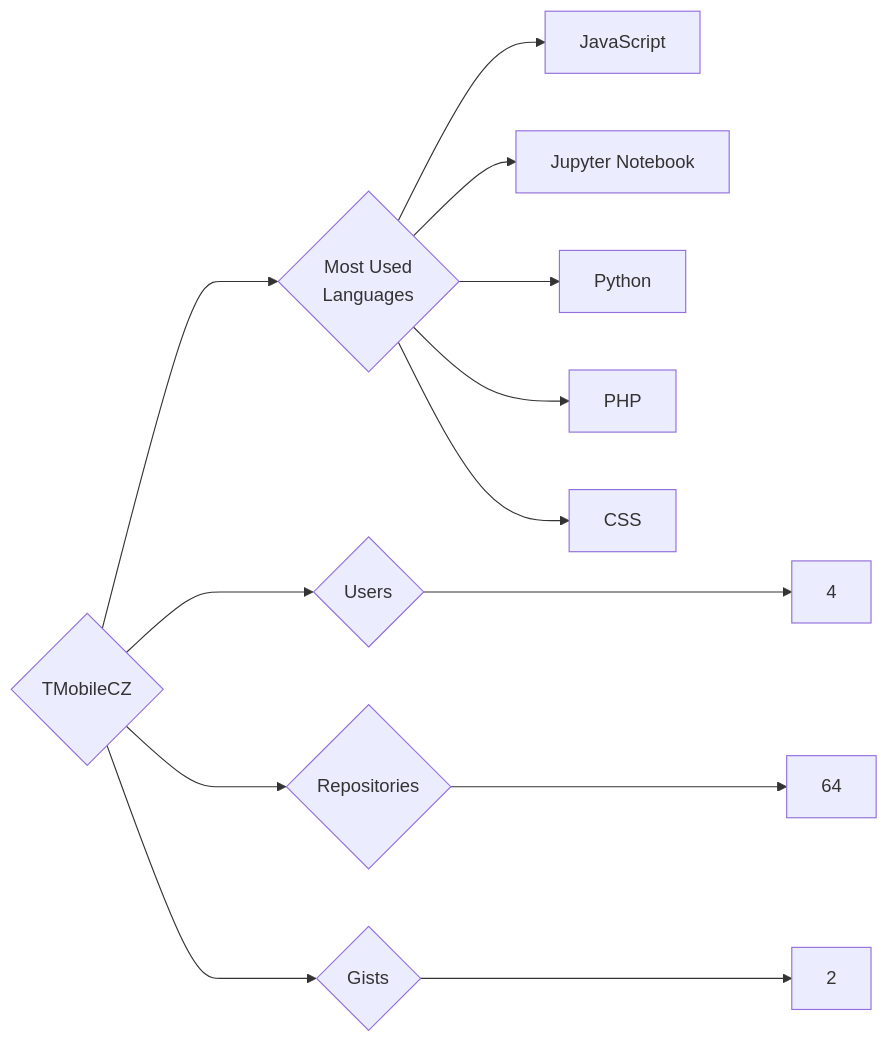
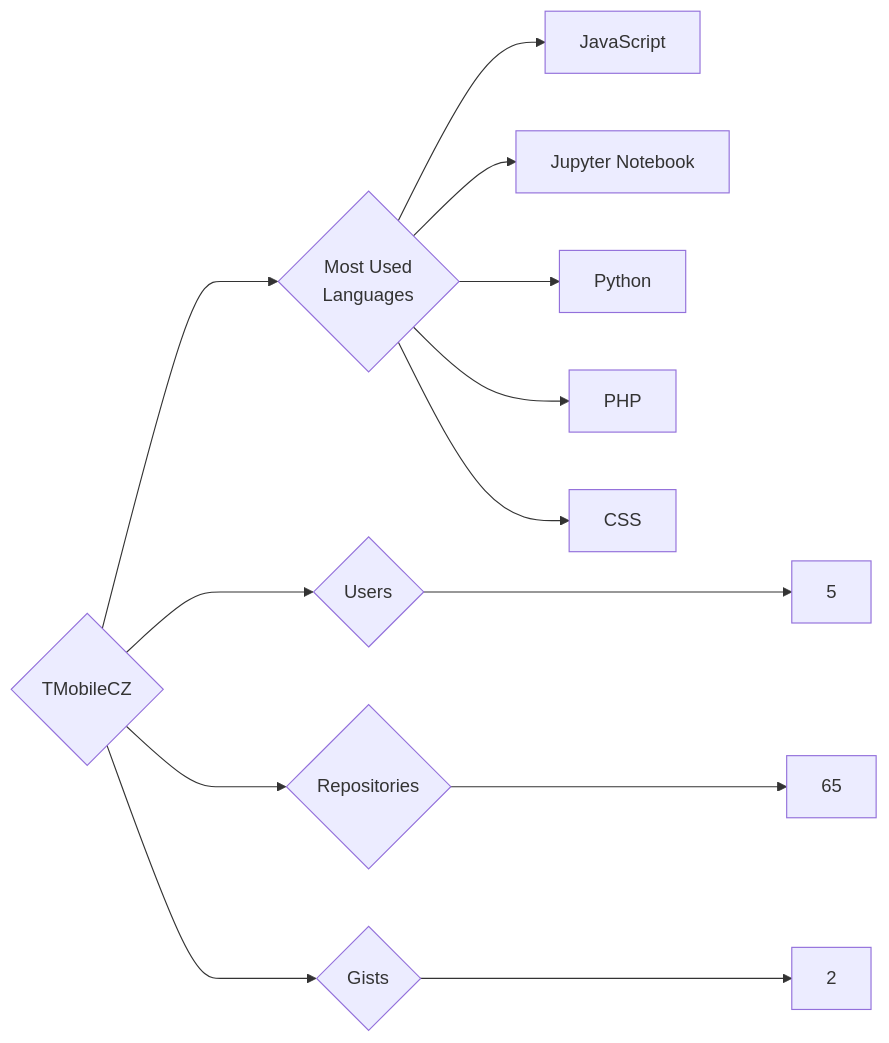
The diagram in targets/TMobileCZ/README.md (trickest/insiders), drawn with Mermaid before and after one commit. The commit also changed 1389 other files, not shown here.

````diff
--- a/targets/TMobileCZ/README.md
+++ b/targets/TMobileCZ/README.md
@@ -3,13 +3,13 @@
 ```mermaid
 graph LR
 COMPANY_NAME{TMobileCZ}
-COMPANY_NAME ---> U{Users} ---> UN[4]
-COMPANY_NAME ---> R{Repositories} ---> RN[64]
+COMPANY_NAME ---> U{Users} ---> UN[5]
+COMPANY_NAME ---> R{Repositories} ---> RN[65]
 COMPANY_NAME ---> G{Gists} ---> GN[2]
 COMPANY_NAME ---> ML{Most Used<br>Languages}
 ML --> JavaScript[JavaScript]
 ML --> Jupyter_Notebook[Jupyter Notebook]
 ML --> Python[Python]
 ML --> PHP[PHP]
 ML --> CSS[CSS]
 ```
````
